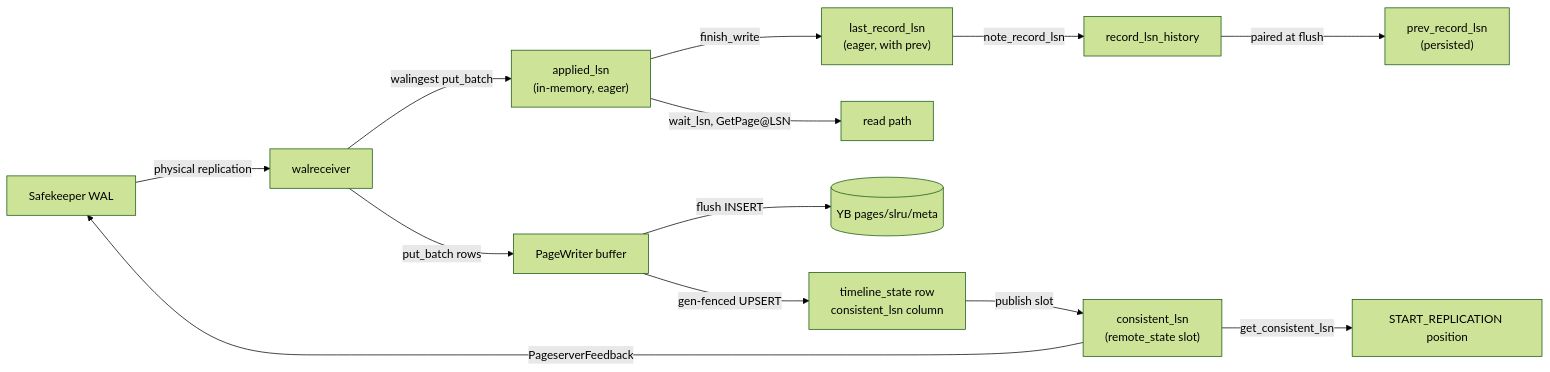
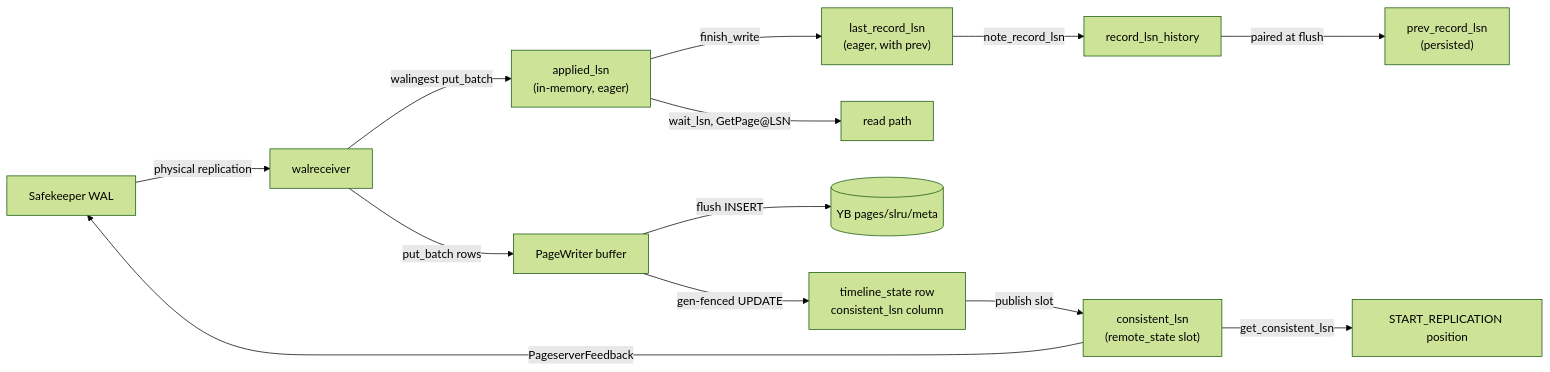
The diagram in compute/architecture/pageserver-lsns.md (yugabyte/meko), drawn with Mermaid (forest theme) before and after one commit. The commit also changed other lines of this file and 31 other files, not shown here.

````diff
--- a/compute/architecture/pageserver-lsns.md
+++ b/compute/architecture/pageserver-lsns.md
@@ -32,15 +36,15 @@
 ```mermaid
 flowchart LR
     SK[Safekeeper WAL] -->|physical replication| WR[walreceiver]
     WR -->|walingest put_batch| AL[applied_lsn<br>#40;in-memory, eager#41;]
     WR -->|put_batch rows| BUF[PageWriter buffer]
     BUF -->|flush INSERT| YB[(YB pages/slru/meta)]
-    BUF -->|gen-fenced UPSERT| TS[timeline_state row<br>consistent_lsn column]
+    BUF -->|gen-fenced UPDATE| TS[timeline_state row<br>consistent_lsn column]
     TS -->|publish slot| CL[consistent_lsn<br>#40;remote_state slot#41;]
     AL -->|finish_write| LR[last_record_lsn<br>#40;eager, with prev#41;]
     LR -->|note_record_lsn| PW_HIST[record_lsn_history]
     PW_HIST -->|paired at flush| PREV[prev_record_lsn<br>#40;persisted#41;]
     CL -->|get_consistent_lsn| START[START_REPLICATION position]
     CL -->|PageserverFeedback| SK
     AL -->|wait_lsn, GetPage@LSN| READS[read path]
 ```
````
